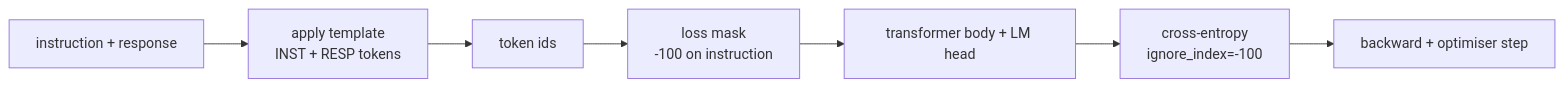
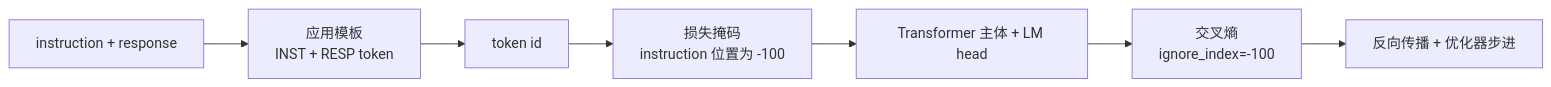
The first of 3 diagrams in phases/19-capstone-projects/39-instruction-tuning-sft/docs/zh.md (alessandrodinisio-ai/ai-engineering-learning-framework), drawn with Mermaid before and after one commit. The commit also changed other lines of this file and 120 other files, not shown here.

First line of the commit message:
i18n(mermaid): 337 个 mermaid 图表标签中文化

````diff
--- a/phases/19-capstone-projects/39-instruction-tuning-sft/docs/zh.md
+++ b/phases/19-capstone-projects/39-instruction-tuning-sft/docs/zh.md
@@ -34,9 +34,9 @@
 ```mermaid
 flowchart LR
-  Pair[instruction + response] --> Tmpl[apply template<br/>INST + RESP tokens]
-  Tmpl --> Tokens[token ids]
-  Tokens --> Mask[loss mask<br/>-100 on instruction]
-  Mask --> Model[transformer body + LM head]
-  Model --> CE[cross-entropy<br/>ignore_index=-100]
-  CE --> Step[backward + optimiser step]
+  Pair[instruction + response] --> Tmpl[应用模板<br/>INST + RESP token]
+  Tmpl --> Tokens[token id]
+  Tokens --> Mask[损失掩码<br/>instruction 位置为 -100]
+  Mask --> Model[Transformer 主体 + LM head]
+  Model --> CE[交叉熵<br/>ignore_index=-100]
+  CE --> Step[反向传播 + 优化器步进]
 ```
````
